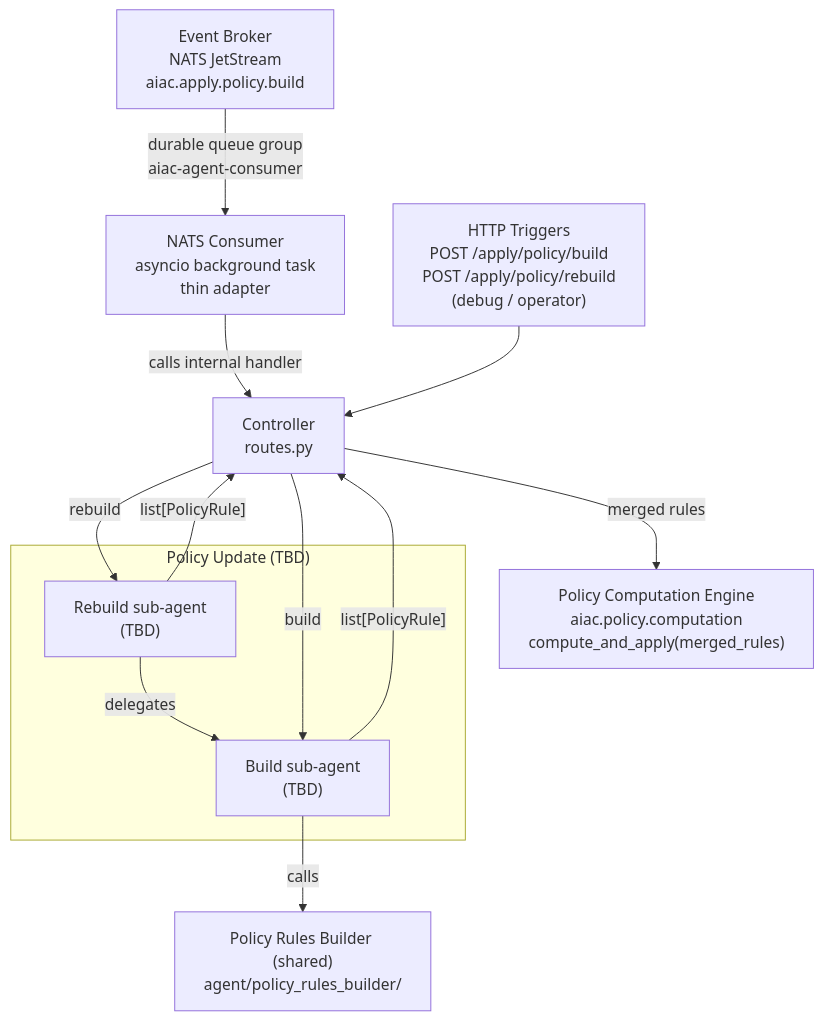
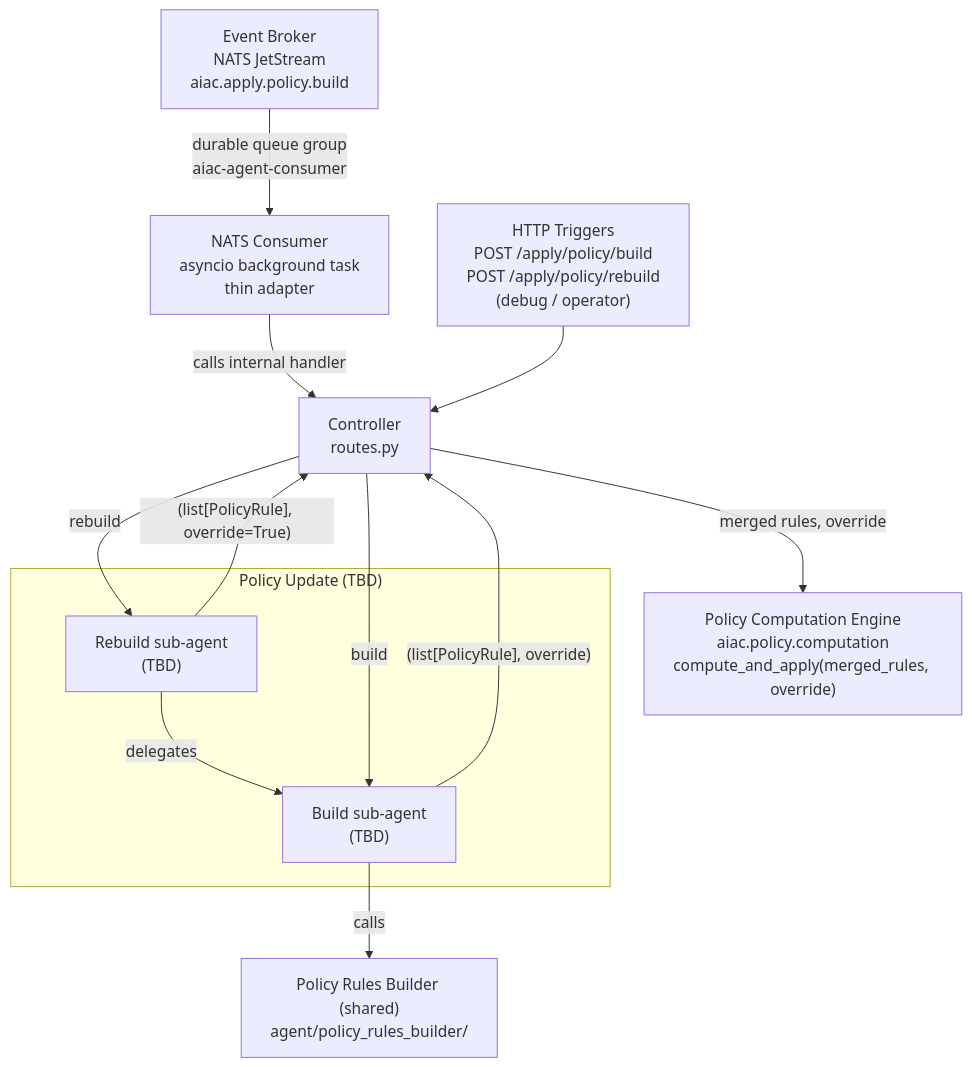
One commit to rossoctl/aiac changed the diagram in inception/requirements/components/aiac-agent/uc2-policy-update.md. Above: the diagram before and after it, drawn with Mermaid. The commit also changed other lines of this file and 3 other files, not shown here.

First line of the commit message:
docs(aiac): Move role flattening upstream of PRB; add PCE append/override

````diff
--- a/inception/requirements/components/aiac-agent/uc2-policy-update.md
+++ b/inception/requirements/components/aiac-agent/uc2-policy-update.md
@@ -17,28 +17,28 @@
 ```mermaid
 flowchart TD
     NATS["Event Broker\nNATS JetStream\naiac.apply.policy.build"]
     NATS_CONSUMER["NATS Consumer\nasyncio background task\nthin adapter"]
     TRIGGERS["HTTP Triggers\nPOST /apply/policy/build\nPOST /apply/policy/rebuild\n(debug / operator)"]
     CTRL["Controller\nroutes.py"]
 
     NATS -->|"durable queue group\naiac-agent-consumer"| NATS_CONSUMER
     NATS_CONSUMER -->|"calls internal handler"| CTRL
     TRIGGERS --> CTRL
 
     subgraph PU["Policy Update (TBD)"]
         SA_BUILD["Build sub-agent\n(TBD)"]
         SA_REBUILD["Rebuild sub-agent\n(TBD)"]
     end
 
     PRB["Policy Rules Builder (shared)\nagent/policy_rules_builder/"]
-    PCE["Policy Computation Engine\naiac.policy.computation\ncompute_and_apply(merged_rules)"]
+    PCE["Policy Computation Engine\naiac.policy.computation\ncompute_and_apply(merged_rules, override)"]
 
     SA_REBUILD -->|"delegates"| SA_BUILD
     SA_BUILD -->|"calls"| PRB
 
     CTRL -->|"build"| SA_BUILD
     CTRL -->|"rebuild"| SA_REBUILD
-    SA_BUILD -->|"list[PolicyRule]"| CTRL
-    SA_REBUILD -->|"list[PolicyRule]"| CTRL
-    CTRL -->|"merged rules"| PCE
+    SA_BUILD -->|"(list[PolicyRule], override)"| CTRL
+    SA_REBUILD -->|"(list[PolicyRule], override=True)"| CTRL
+    CTRL -->|"merged rules, override"| PCE
 ```
````
